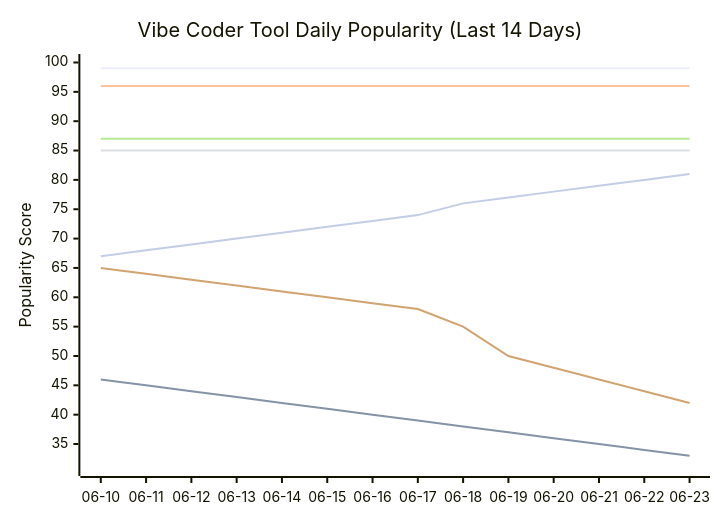
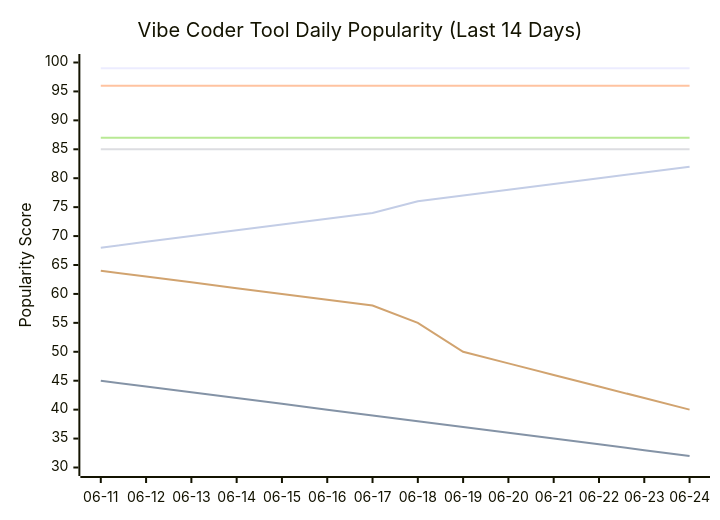
The seventh of 11 diagrams in README.md (tykimos/ai-whatchelin), drawn with Mermaid before and after one commit. The commit also changed other lines of this file and 4 other files, not shown here.

````diff
--- a/README.md
+++ b/README.md
@@ -1709,13 +1709,13 @@
 ```mermaid
 xychart-beta
     title "Vibe Coder Tool Daily Popularity (Last 14 Days)"
-    x-axis ["06-10", "06-11", "06-12", "06-13", "06-14", "06-15", "06-16", "06-17", "06-18", "06-19", "06-20", "06-21", "06-22", "06-23"]
-    y-axis "Popularity Score" 31 --> 100
+    x-axis ["06-11", "06-12", "06-13", "06-14", "06-15", "06-16", "06-17", "06-18", "06-19", "06-20", "06-21", "06-22", "06-23", "06-24"]
+    y-axis "Popularity Score" 30 --> 100
     line "Claude Code" [99, 99, 99, 99, 99, 99, 99, 99, 99, 99, 99, 99, 99, 99]
-    line "GH Copilot" [46, 45, 44, 43, 42, 41, 40, 39, 38, 37, 36, 35, 34, 33]
+    line "GH Copilot" [45, 44, 43, 42, 41, 40, 39, 38, 37, 36, 35, 34, 33, 32]
     line "Cursor" [96, 96, 96, 96, 96, 96, 96, 96, 96, 96, 96, 96, 96, 96]
     line "Windsurf" [85, 85, 85, 85, 85, 85, 85, 85, 85, 85, 85, 85, 85, 85]
     line "Codex CLI" [87, 87, 87, 87, 87, 87, 87, 87, 87, 87, 87, 87, 87, 87]
-    line "Gemini CLI" [65, 64, 63, 62, 61, 60, 59, 58, 55, 50, 48, 46, 44, 42]
-    line "Antigravity" [67, 68, 69, 70, 71, 72, 73, 74, 76, 77, 78, 79, 80, 81]
+    line "Gemini CLI" [64, 63, 62, 61, 60, 59, 58, 55, 50, 48, 46, 44, 42, 40]
+    line "Antigravity" [68, 69, 70, 71, 72, 73, 74, 76, 77, 78, 79, 80, 81, 82]
 ```
````
